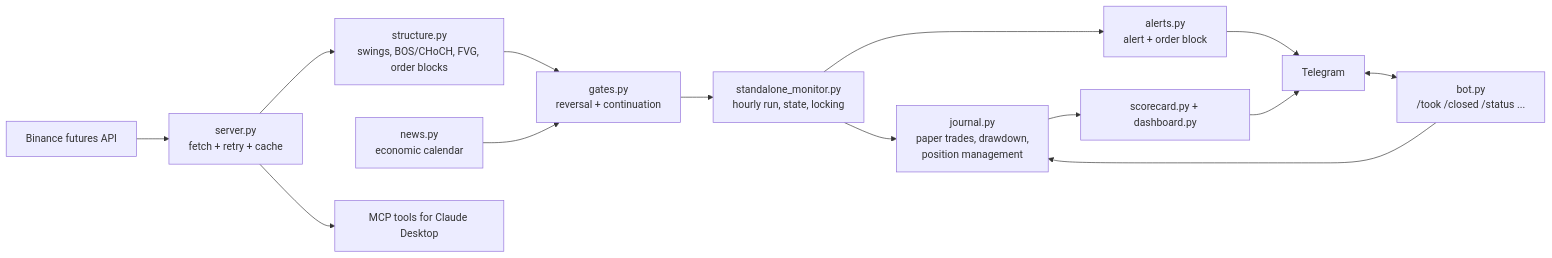
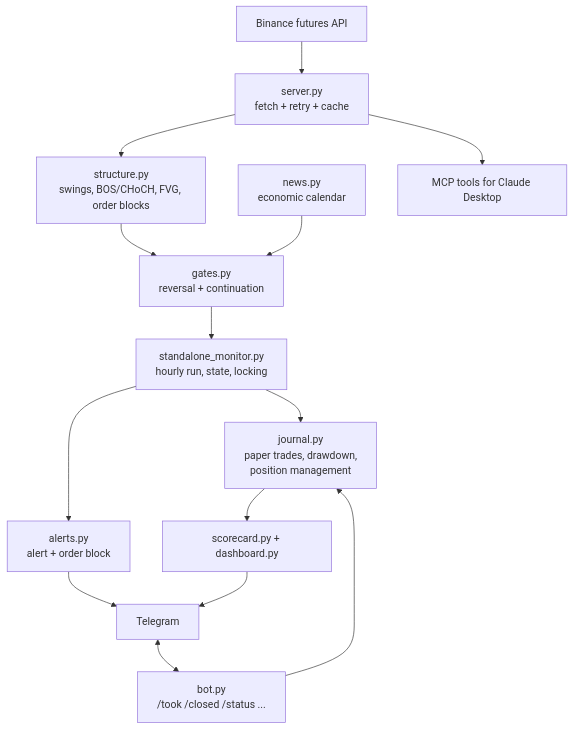
The diagram in README.md (Chamara-Dilshan/ai-analysis), drawn with Mermaid before and after one commit.

Commit message:
Draw the README architecture diagram top to bottom
Left to right it was about 1,600px wide, so GitHub shrank it until the
labels were unreadable. Top to bottom it is ~790px and fits the column.

````diff
--- a/README.md
+++ b/README.md
@@ -37,16 +37,16 @@
 ```mermaid
-flowchart LR
+flowchart TB
     B[Binance futures API] --> S[server.py<br/>fetch + retry + cache]
     S --> ST[structure.py<br/>swings, BOS/CHoCH, FVG, order blocks]
     ST --> G[gates.py<br/>reversal + continuation]
     N[news.py<br/>economic calendar] --> G
     G --> M[standalone_monitor.py<br/>hourly run, state, locking]
     M --> J[journal.py<br/>paper trades, drawdown,<br/>position management]
     M --> A[alerts.py<br/>alert + order block]
     A --> T[Telegram]
     T <--> BOT[bot.py<br/>/took /closed /status ...]
     BOT --> J
     J --> SC[scorecard.py + dashboard.py]
     SC --> T
     S --> MCP[MCP tools for Claude Desktop]
 ```
````
